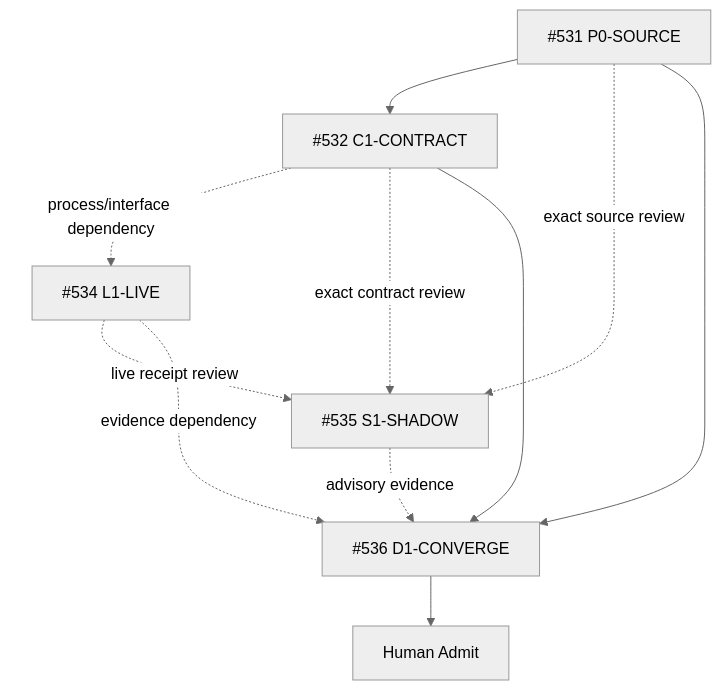
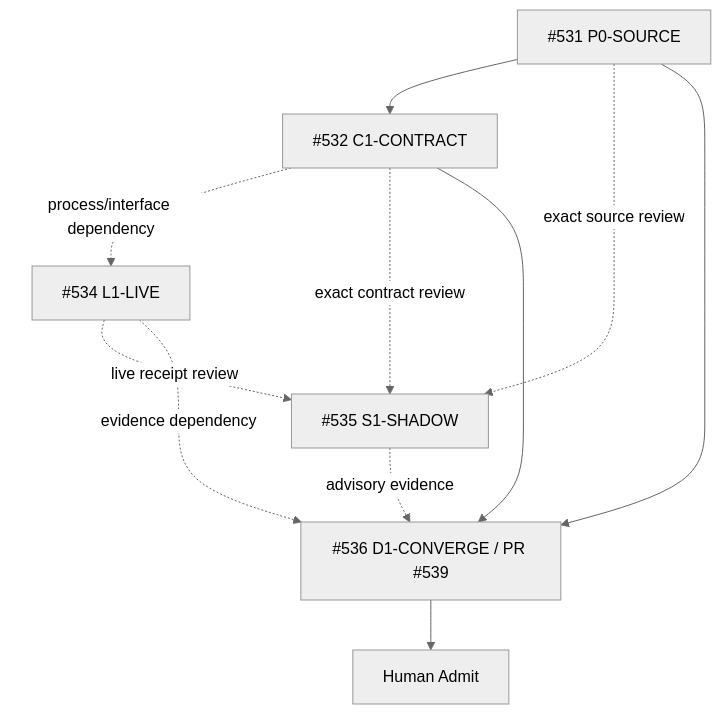
Before and after one commit to ed3c/skills-shared: the diagram in skills/git-town-stacked-pr-worker/molecular-indexes/git-at-any-scale/README.md, drawn with Mermaid (neutral theme). The commit also changed other lines of this file, not shown here.

````diff
--- a/skills/git-town-stacked-pr-worker/molecular-indexes/git-at-any-scale/README.md
+++ b/skills/git-town-stacked-pr-worker/molecular-indexes/git-at-any-scale/README.md
@@ -33,20 +33,20 @@
 ```mermaid
 flowchart TD
     P0[#531 P0-SOURCE]
     C1[#532 C1-CONTRACT]
     L1[#534 L1-LIVE]
     S1[#535 S1-SHADOW]
-    D1[#536 D1-CONVERGE]
+    D1[#536 D1-CONVERGE / PR #539]
     H[Human Admit]
 
     P0 --> C1
     C1 -. process/interface dependency .-> L1
     P0 -. exact source review .-> S1
     C1 -. exact contract review .-> S1
     L1 -. live receipt review .-> S1
     P0 --> D1
     C1 --> D1
     L1 -. evidence dependency .-> D1
     S1 -. advisory evidence .-> D1
     D1 --> H
 ```
````
